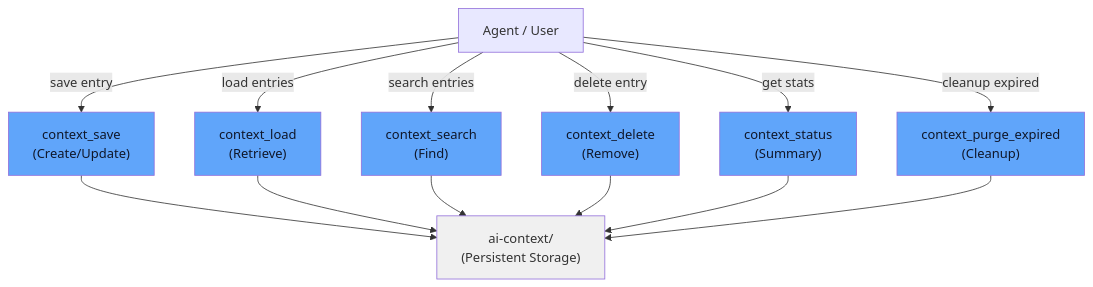
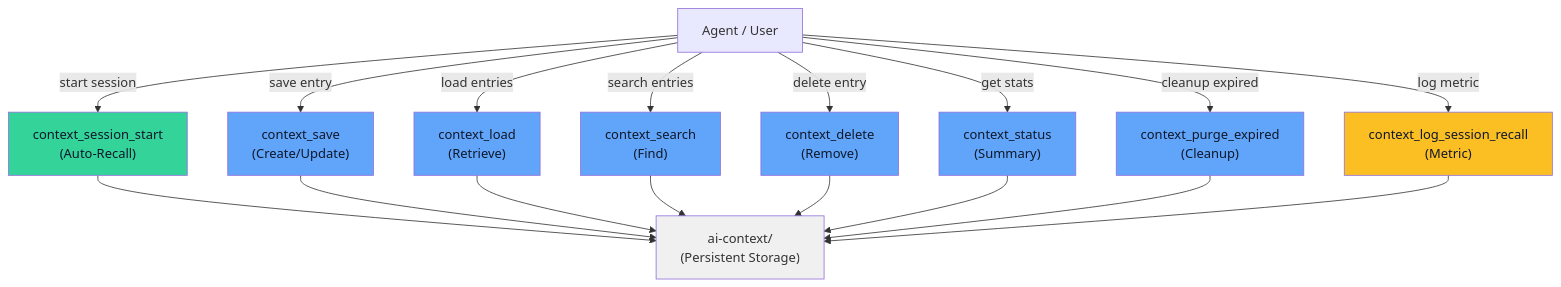
Before and after one commit to kushal1o1/devmcp-context: the diagram in docs/api.md, drawn with Mermaid. The commit also changed other lines of this file and 3 other files, not shown here.

Commit message:
docs:add docs for new changes recall ,session and log

````diff
--- a/docs/api.md
+++ b/docs/api.md
@@ -5,36 +5,44 @@
 ```mermaid
 graph TB
     Agent["Agent / User"]
     
+    Start["context_session_start<br/>(Auto-Recall)"]
     Save["context_save<br/>(Create/Update)"]
     Load["context_load<br/>(Retrieve)"]
     Search["context_search<br/>(Find)"]
     Delete["context_delete<br/>(Remove)"]
     Status["context_status<br/>(Summary)"]
     Purge["context_purge_expired<br/>(Cleanup)"]
+    Log["context_log_session_recall<br/>(Metric)"]
     
     Storage["ai-context/<br/>(Persistent Storage)"]
     
+    Agent -->|start session| Start
     Agent -->|save entry| Save
     Agent -->|load entries| Load
     Agent -->|search entries| Search
     Agent -->|delete entry| Delete
     Agent -->|get stats| Status
     Agent -->|cleanup expired| Purge
+    Agent -->|log metric| Log
     
+    Start --> Storage
     Save --> Storage
     Load --> Storage
     Search --> Storage
     Delete --> Storage
     Status --> Storage
     Purge --> Storage
+    Log --> Storage
     
     style Agent fill:#e8e8ff
+    style Start fill:#34d399,color:#0f172a
     style Save fill:#60a5fa,color:#0f172a
     style Load fill:#60a5fa,color:#0f172a
     style Search fill:#60a5fa,color:#0f172a
     style Delete fill:#60a5fa,color:#0f172a
     style Status fill:#60a5fa,color:#0f172a
     style Purge fill:#60a5fa,color:#0f172a
+    style Log fill:#fbbf24,color:#0f172a
     style Storage fill:#f0f0f0
 ```
````
